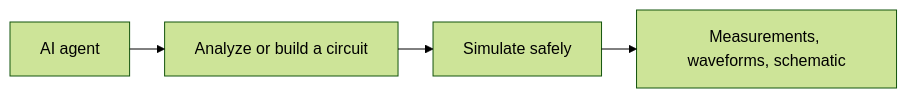
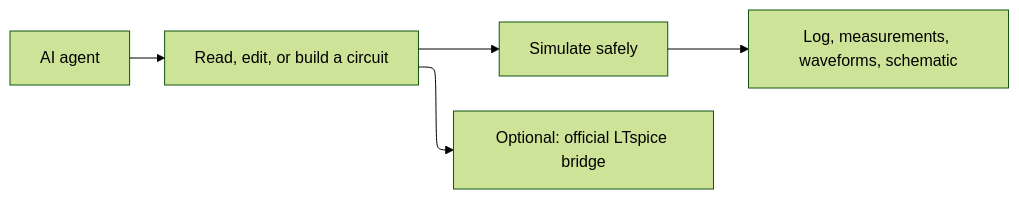
One commit to sohampatwardhan/openspice-mcp changed the diagram in .kiro/steering/product.md. Above: the diagram before and after it, drawn with Mermaid (forest theme). The commit also changed other lines of this file and 4 other files, not shown here.

First line of the commit message:
docs(spec): add LTspice MCP parity, bridge delegation, and platform notes

````diff
--- a/.kiro/steering/product.md
+++ b/.kiro/steering/product.md
@@ -19,10 +21,11 @@
 ```mermaid
 ---
 config:
   layout: elk
 ---
 flowchart LR
-  agent["AI agent"] --> job["Analyze or build a circuit"]
+  agent["AI agent"] --> job["Read, edit, or build a circuit"]
   job --> simulate["Simulate safely"]
-  simulate --> outcome["Measurements, waveforms, schematic"]
+  simulate --> outcome["Log, measurements, waveforms, schematic"]
+  job --> bridge["Optional: official LTspice bridge"]
 ```
````
